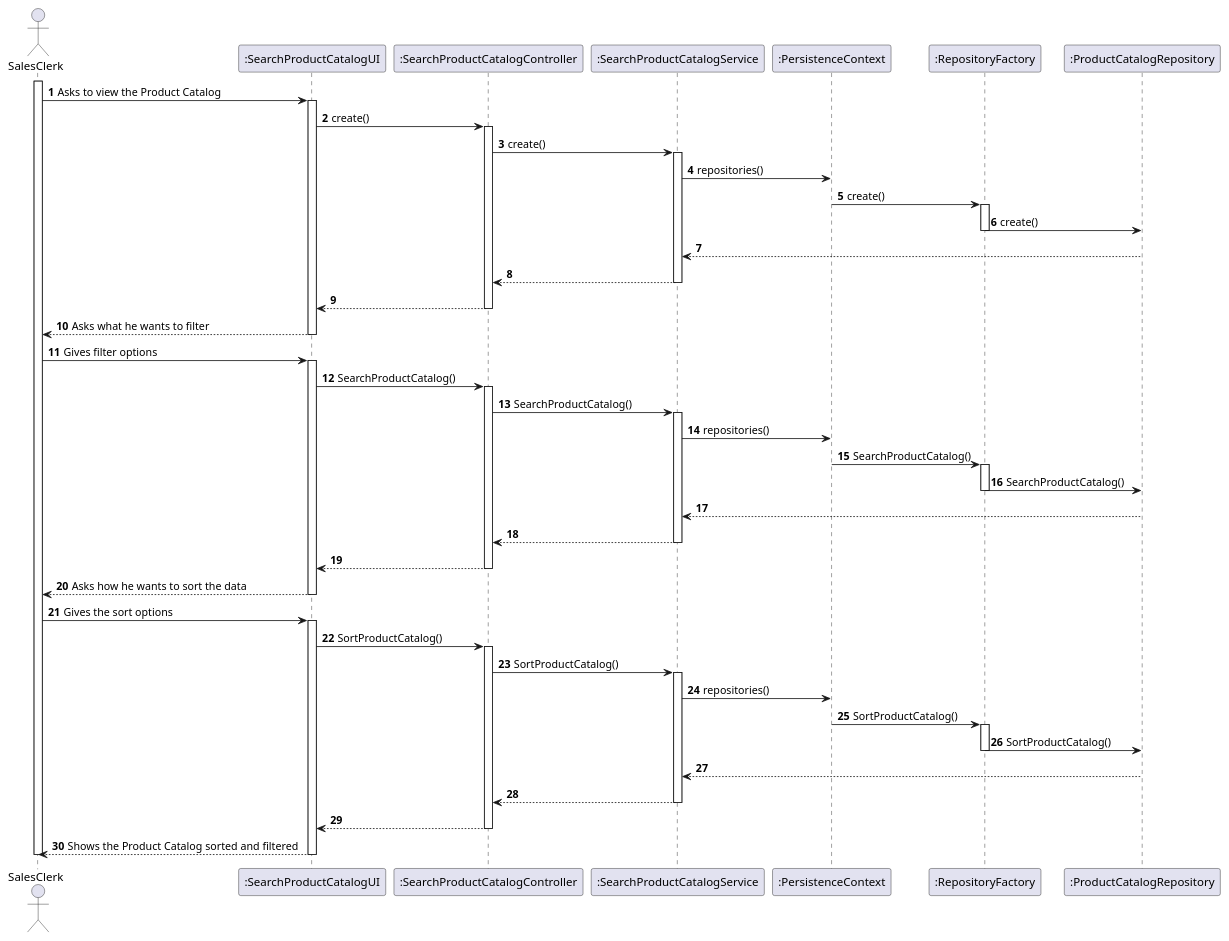
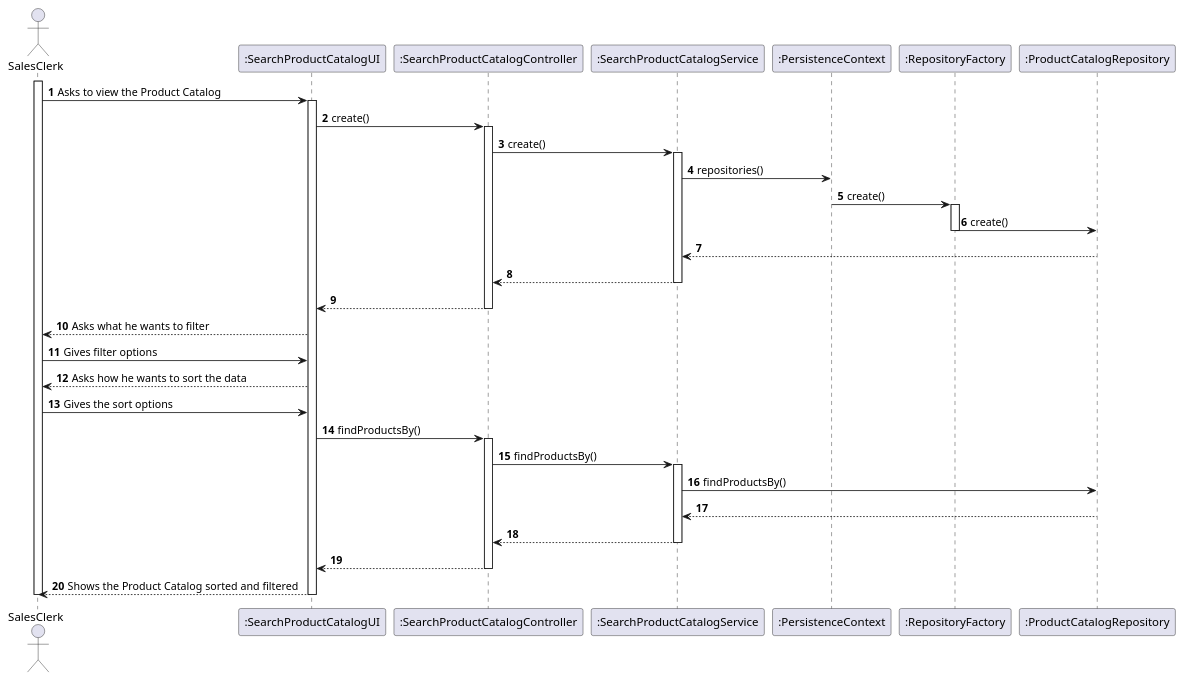
Before and after one commit to 1190772/LAB-Project-4: the diagram in Documentação/1200616/US1002/US1002_SD.puml, drawn with PlantUML. The commit also changed 1 other file, not shown here.

```diff
--- a/Documentação/1200616/US1002/US1002_SD.puml
+++ b/Documentação/1200616/US1002/US1002_SD.puml
@@ -1,122 +1,82 @@
 @startuml
 
 autonumber
 
 actor "SalesClerk" as SC
 
 participant ":SearchProductCatalogUI" as UI
 participant ":SearchProductCatalogController" as CTRL
 participant ":SearchProductCatalogService" as SERV
 participant ":PersistenceContext" as PERS
 participant ":RepositoryFactory" as REPF
 participant ":ProductCatalogRepository" as REP
 
 
 activate SC
 
 SC -> UI : Asks to view the Product Catalog
 activate UI
 
 UI -> CTRL : create()
 activate CTRL
 
 CTRL -> SERV : create()
 activate SERV
 
 SERV -> PERS : repositories()
 
 PERS -> REPF : create()
 
 activate REPF
 
 REPF -> REP : create()
 
 deactivate REPF
 
 REP --> SERV
 
 
 SERV --> CTRL
 deactivate SERV
 
 
 CTRL --> UI
 deactivate CTRL
 
 
 UI --> SC : Asks what he wants to filter
-deactivate CTRL
-deactivate UI
-
 
 SC -> UI : Gives filter options
 
-activate UI
+UI --> SC : Asks how he wants to sort the data
 
-UI -> CTRL : SearchProductCatalog()
+SC -> UI : Gives the sort options
+
+
+UI -> CTRL :findProductsBy()
 
 activate CTRL
 
-CTRL -> SERV : SearchProductCatalog()
+CTRL -> SERV : findProductsBy()
 activate SERV
 
-SERV -> PERS : repositories()
-
-PERS -> REPF : SearchProductCatalog()
-
-activate REPF
-
-REPF -> REP : SearchProductCatalog()
-
-deactivate REPF
+SERV -> REP : findProductsBy()
 
 REP --> SERV
 
 
 SERV --> CTRL
 deactivate SERV
 
 
 CTRL --> UI
 deactivate CTRL
 
 
-UI --> SC : Asks how he wants to sort the data
-
-deactivate UI
-
-SC -> UI : Gives the sort options
-activate UI
-
-UI -> CTRL : SortProductCatalog()
-
-activate CTRL
-
-CTRL -> SERV : SortProductCatalog()
-activate SERV
-
-SERV -> PERS : repositories()
-
-PERS -> REPF : SortProductCatalog()
-
-activate REPF
-
-REPF -> REP : SortProductCatalog()
-
-deactivate REPF
-
-REP --> SERV
-
-SERV --> CTRL
-deactivate SERV
-
-CTRL --> UI
-deactivate CTRL
-
 UI --> SC : Shows the Product Catalog sorted and filtered
 
 deactivate UI
 
 deactivate SC
 
 @enduml
```
